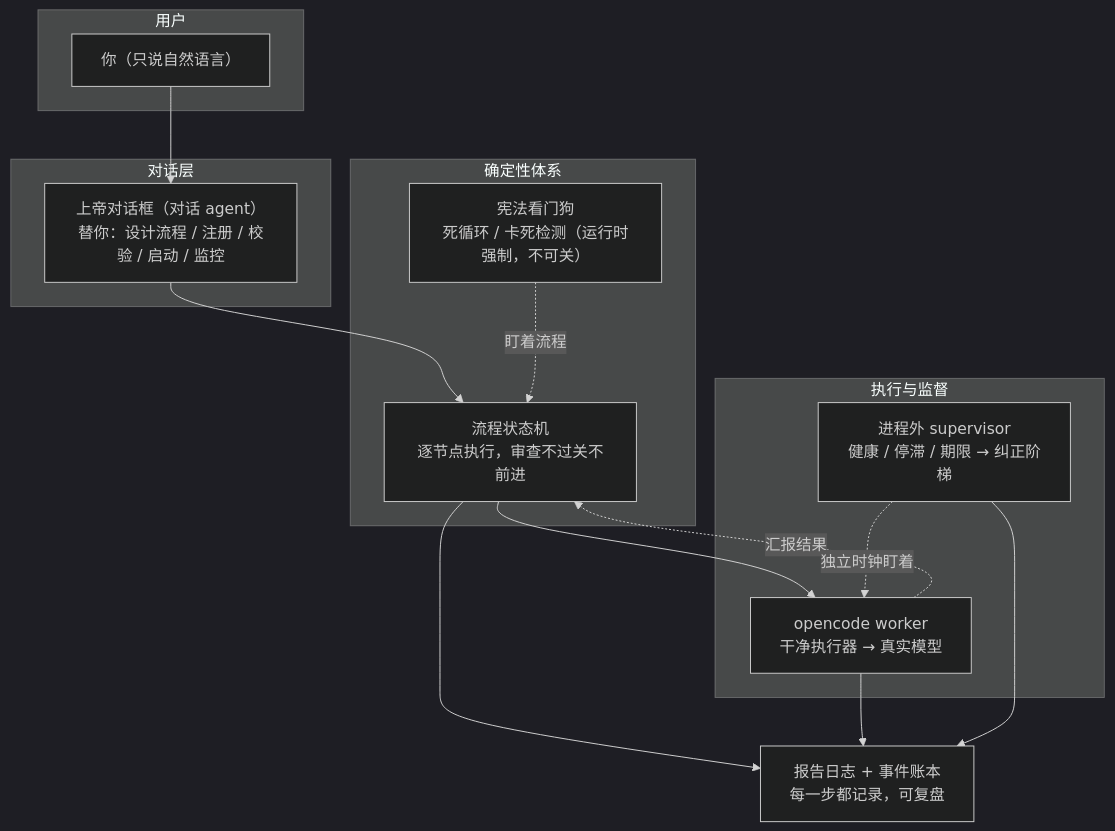
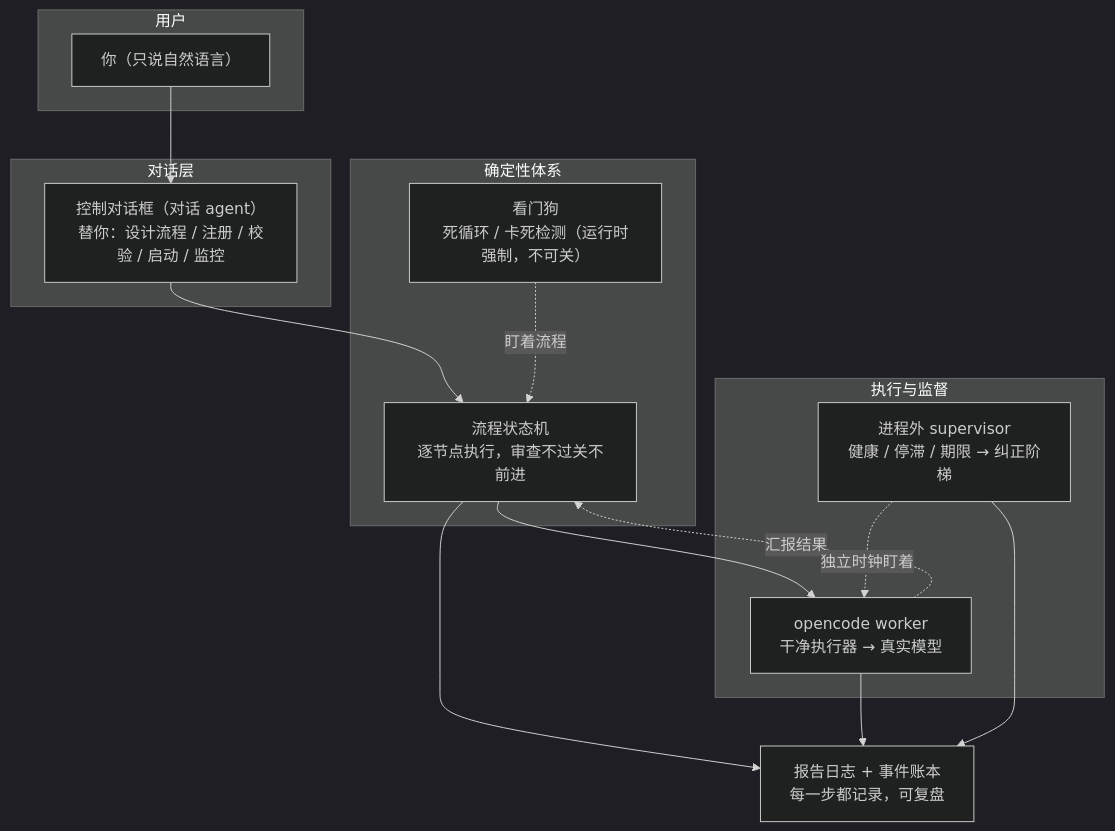
One commit to haberzero/regime-driver changed the diagram in docs/index.md. Above: the diagram before and after it, drawn with Mermaid (dark theme). The commit also changed other lines of this file and 138 other files, not shown here.

````diff
--- a/docs/index.md
+++ b/docs/index.md
@@ -46,27 +46,27 @@
 ```mermaid
 flowchart TB
     subgraph 用户
         U["你（只说自然语言）"]
     end
     subgraph 对话层
-        GD["上帝对话框（对话 agent）<br/>替你：设计流程 / 注册 / 校验 / 启动 / 监控"]
+        GD["控制对话框（对话 agent）<br/>替你：设计流程 / 注册 / 校验 / 启动 / 监控"]
     end
     subgraph 确定性体系
         SM["流程状态机<br/>逐节点执行，审查不过关不前进"]
-        CON["宪法看门狗<br/>死循环 / 卡死检测（运行时强制，不可关）"]
+        CON["看门狗<br/>死循环 / 卡死检测（运行时强制，不可关）"]
     end
     subgraph 执行与监督
         W["opencode worker<br/>干净执行器 → 真实模型"]
         SUP["进程外 supervisor<br/>健康 / 停滞 / 期限 → 纠正阶梯"]
     end
     R["报告日志 + 事件账本<br/>每一步都记录，可复盘"]
 
     U --> GD --> SM
     SM --> W
     CON -. 盯着流程 .-> SM
     W -. 汇报结果 .-> SM
     SUP -. 独立时钟盯着 .-> W
     SM --> R
     W --> R
     SUP --> R
 ```
````
